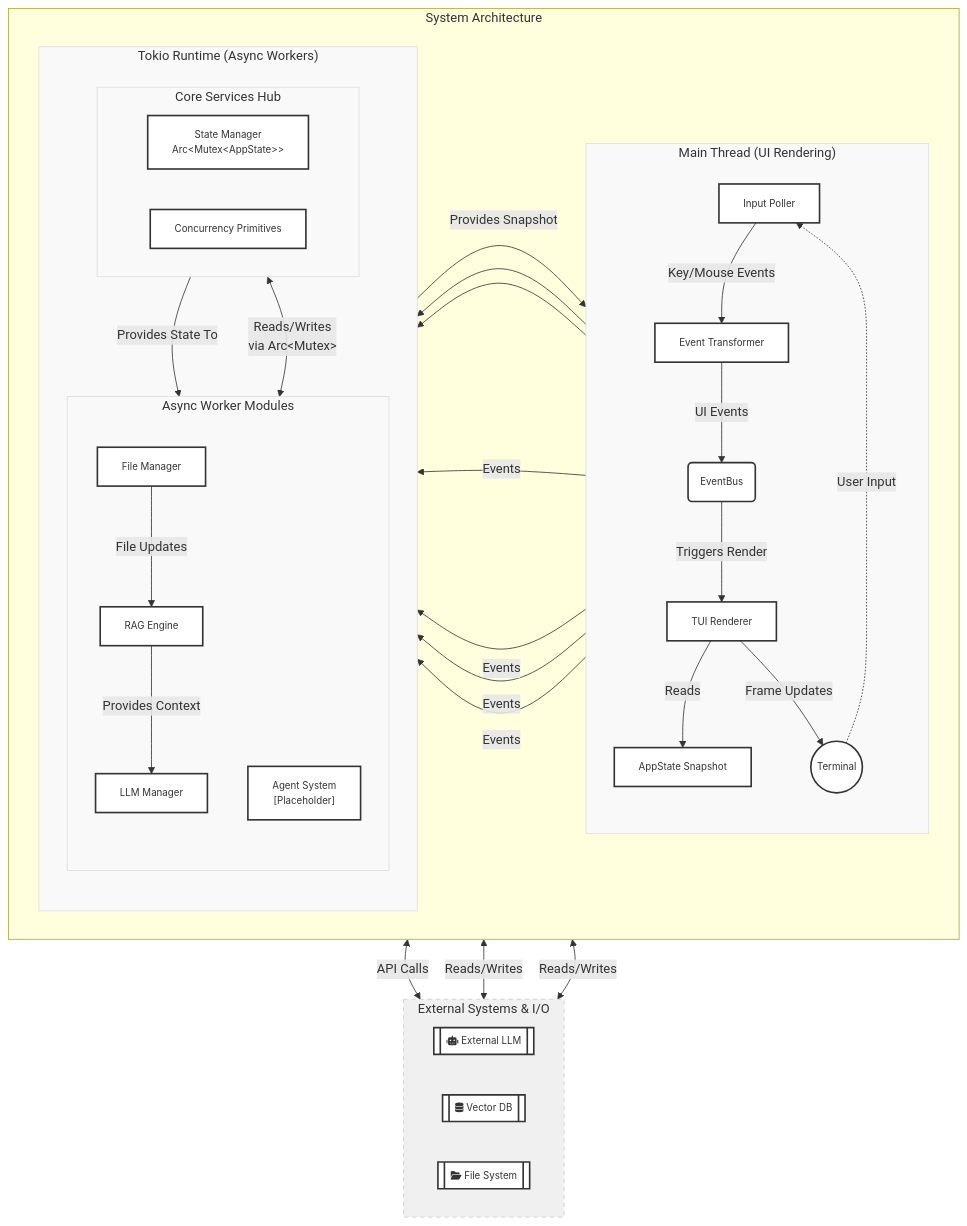
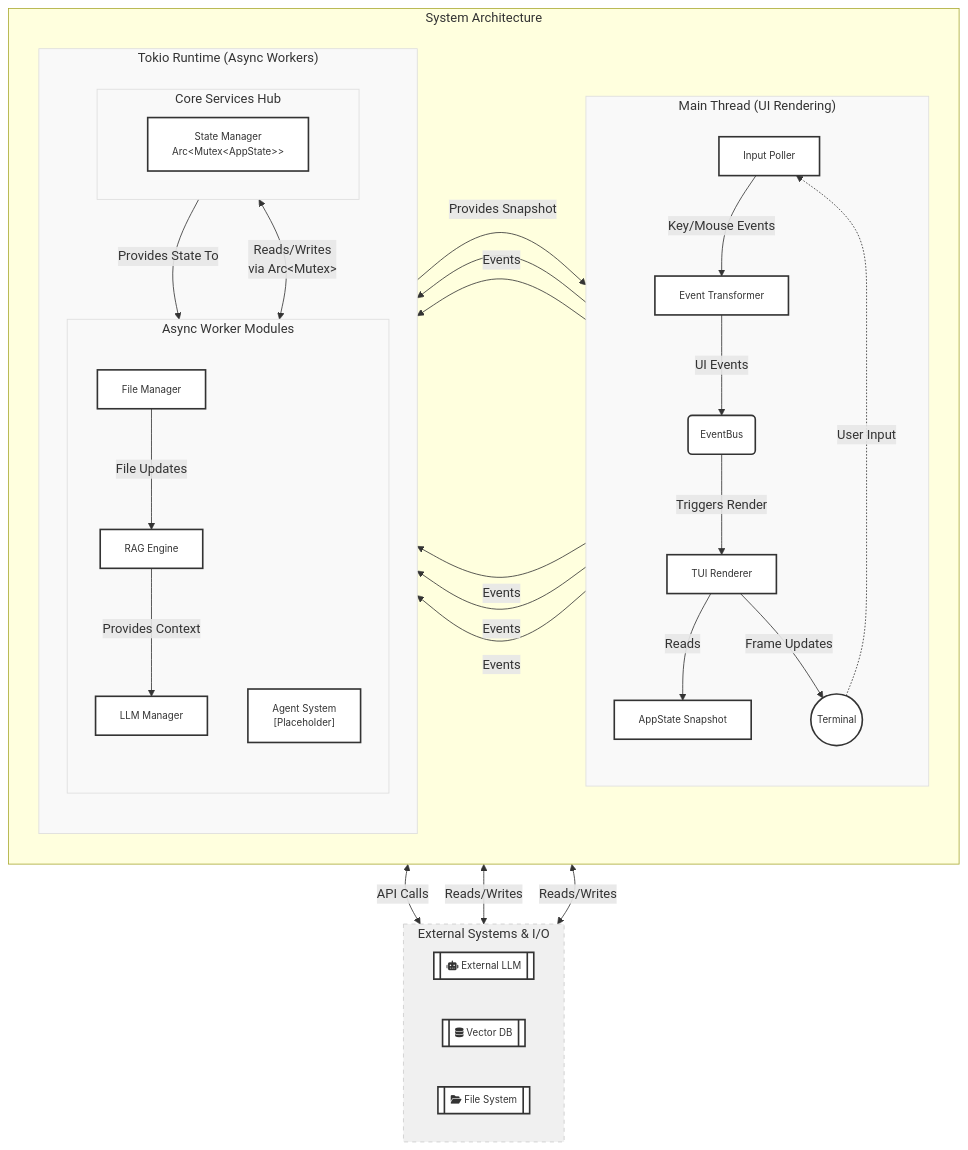
One commit to josephleblanc/ploke changed the diagram in crates/ploke-tui/README.md. Above: the diagram before and after it, drawn with Mermaid. The commit also changed other lines of this file and 5 other files, not shown here.

````diff
--- a/crates/ploke-tui/README.md
+++ b/crates/ploke-tui/README.md
@@ -4,69 +7,67 @@
 ```mermaid
 flowchart TD
     %% Grouping the main components side-by-side
     subgraph System Architecture
         direction LR
 
         %% UI Thread remains on the left
         subgraph MainThread["Main Thread (UI Rendering)"]
             direction TB
             A[Input Poller] -->|Key/Mouse Events| B[Event Transformer]
             B -->|UI Events| C(EventBus)
             C -->|Triggers Render| D[TUI Renderer]
             D -->|Reads| G[AppState Snapshot]
             D -->|Frame Updates| H((Terminal))
         end
 
         %% All async workers and services on the right
         subgraph TokioRuntime["Tokio Runtime (Async Workers)"]
             direction TB
 
             %% Central Hub for shared services
             subgraph CoreServices["Core Services Hub"]
                 direction LR
                 C --> StateManager["State Manager <br> Arc&ltMutex&ltAppState>>"]
-                C --> Concurrency["Concurrency Primitives"]
             end
 
             %% Worker modules that perform specific tasks
             subgraph WorkerModules["Async Worker Modules"]
                 direction TB
                 LLMManager["LLM Manager"]
                 RAGEngine["RAG Engine"]
                 FileManager["File Manager"]
                 AgentSystem["Agent System<br>[Placeholder]"]
             end
 
             %% Define connections from the hub to the workers
             C -->|Events| LLMManager
             C -->|Events| RAGEngine
             C -->|Events| FileManager
             C -->|Events| AgentSystem
-
+            
             StateManager -->|Provides State To| AgentSystem
             StateManager <-->|Reads/Writes<br>via Arc&ltMutex>| LLMManager
             StateManager -->|Provides Snapshot| G
-            
             
             %% Define connections between workers
             RAGEngine -->|Provides Context| LLMManager
             FileManager -->|File Updates| RAGEngine
         end
     end
 
     %% Define connections to external systems for clarity
     subgraph ExternalSystems["External Systems & I/O"]
         direction LR
         style ExternalSystems fill:#f0f0f0,stroke:#ccc,stroke-dasharray: 5 5
 
         LLMManager <-->|API Calls| EXLLM[[fa:fa-robot External LLM]]
         RAGEngine <-->|Reads/Writes| VDB[[fa:fa-database Vector DB]]
         FileManager <-->|Reads/Writes| FS[[fa:fa-folder-open File System]]
         H -.->|User Input| A
     end
 
     %% Style definitions for a cleaner look
     classDef default fill:#fff,stroke:#333,stroke-width:2px,font-family:Inter,font-size:12px;
     classDef subgraphStyle fill:#f9f9f9,stroke:#ddd,stroke-width:1px;
     class MainThread,TokioRuntime,CoreServices,WorkerModules,ExternalSystems subgraphStyle;
 ```
````
